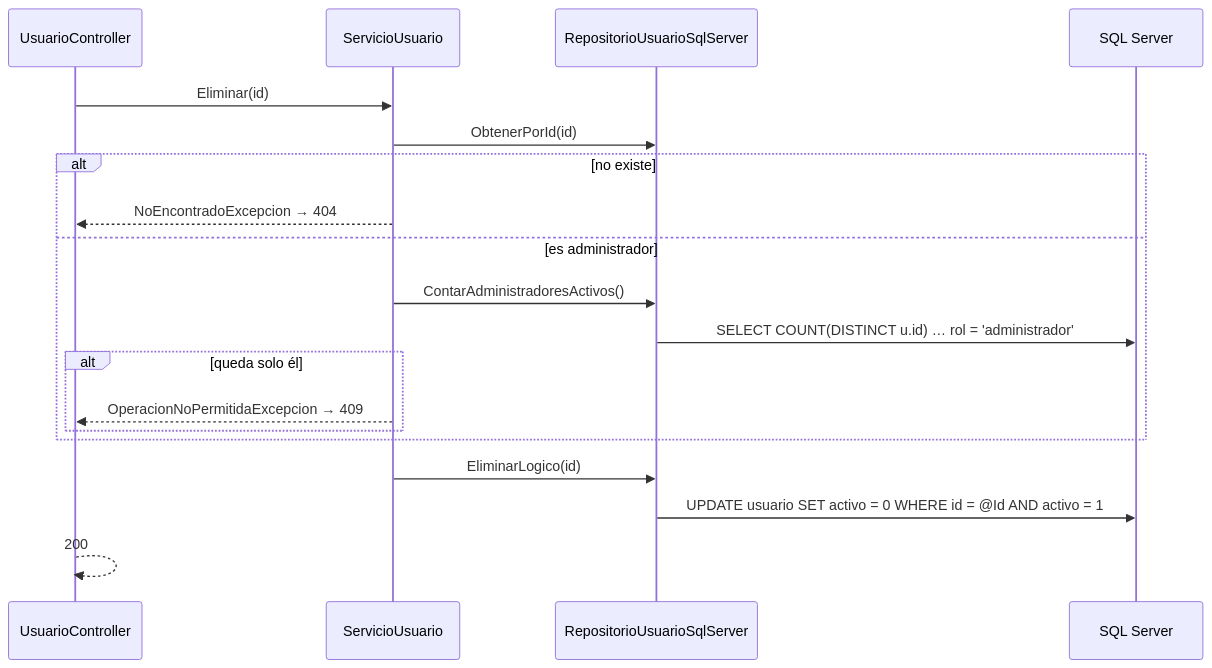
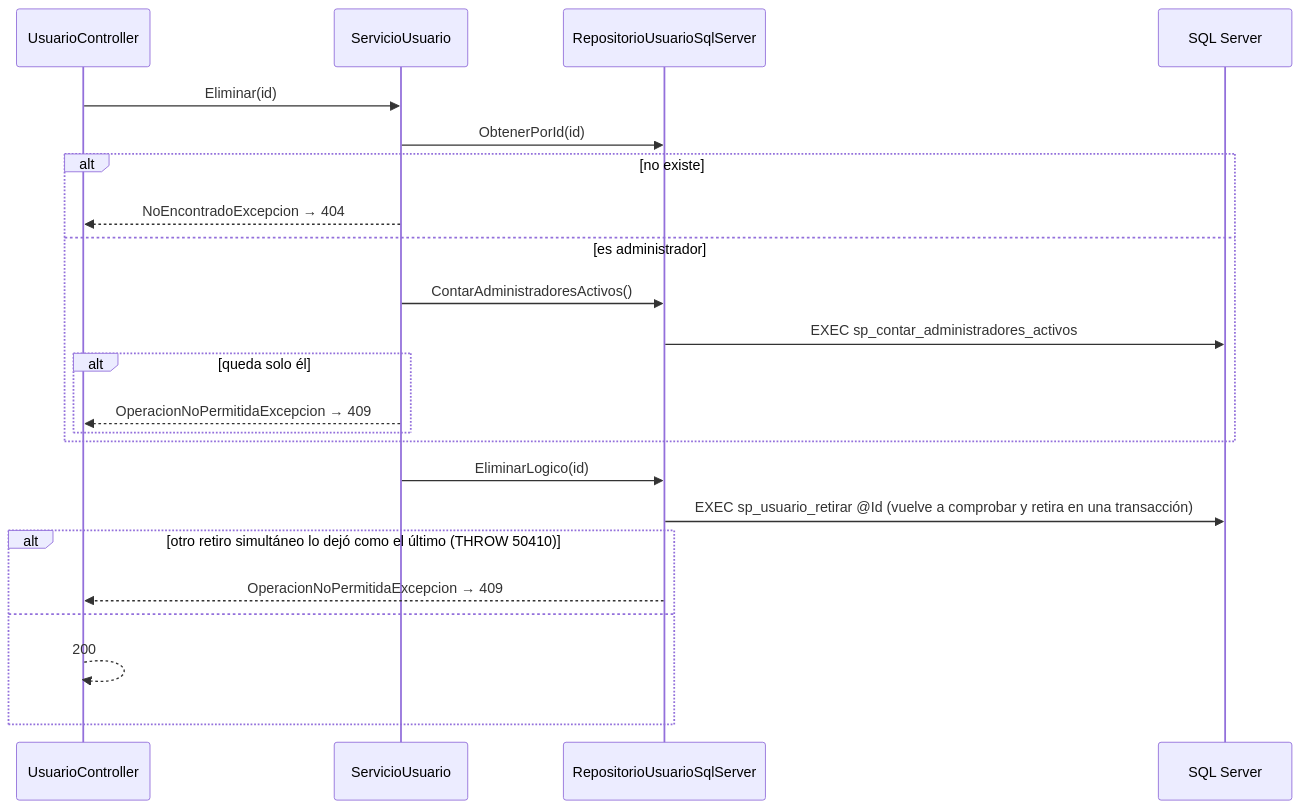
Diagram 12 of 17 in docs/spec_kit/DIAGRAMAS_DE_SECUENCIA.md (MrEpia/innovacioncurricular), drawn with Mermaid before and after one commit. The commit also changed other lines of this file and 18 other files, not shown here.

````diff
--- a/docs/spec_kit/DIAGRAMAS_DE_SECUENCIA.md
+++ b/docs/spec_kit/DIAGRAMAS_DE_SECUENCIA.md
@@ -360,21 +364,25 @@
 ```mermaid
 sequenceDiagram
     participant C as UsuarioController
     participant S as ServicioUsuario
     participant R as RepositorioUsuarioSqlServer
     participant B as SQL Server
     C->>S: Eliminar(id)
     S->>R: ObtenerPorId(id)
     alt no existe
         S-->>C: NoEncontradoExcepcion → 404
     else es administrador
         S->>R: ContarAdministradoresActivos()
-        R->>B: SELECT COUNT(DISTINCT u.id) … rol = 'administrador'
+        R->>B: EXEC sp_contar_administradores_activos
         alt queda solo él
             S-->>C: OperacionNoPermitidaExcepcion → 409
         end
     end
     S->>R: EliminarLogico(id)
-    R->>B: UPDATE usuario SET activo = 0 WHERE id = @Id AND activo = 1
-    C-->>C: 200
+    R->>B: EXEC sp_usuario_retirar @Id (vuelve a comprobar y retira en una transacción)
+    alt otro retiro simultáneo lo dejó como el último (THROW 50410)
+        R-->>C: OperacionNoPermitidaExcepcion → 409
+    else
+        C-->>C: 200
+    end
 ```
````
